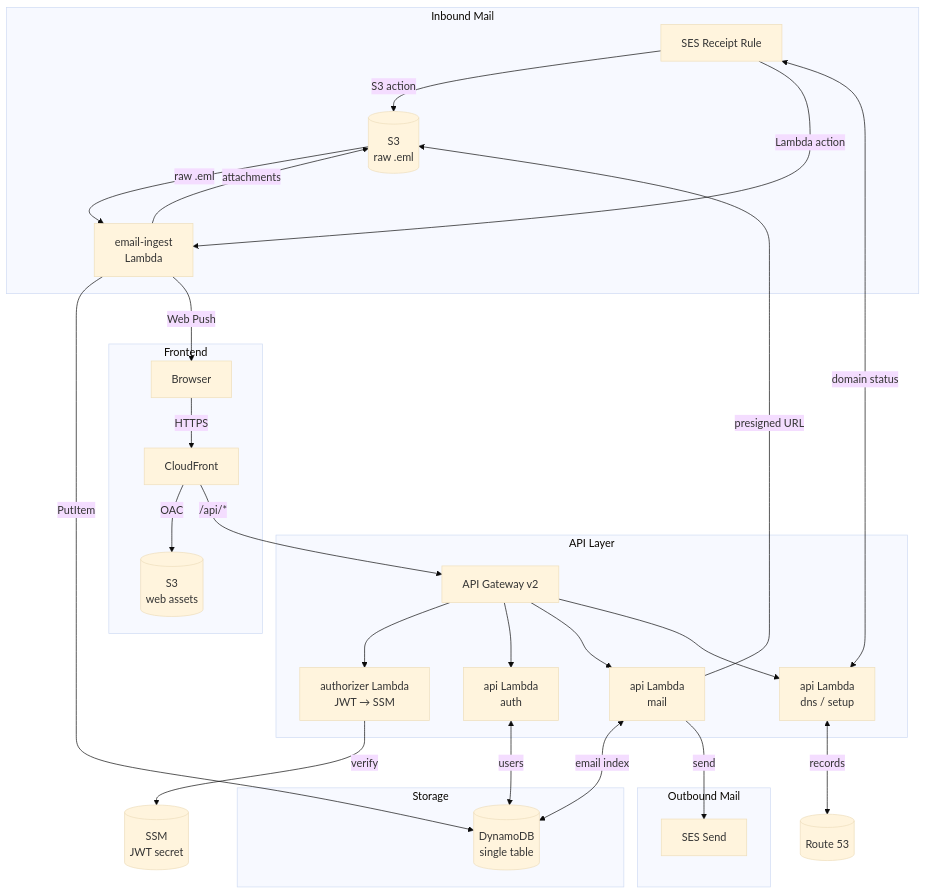
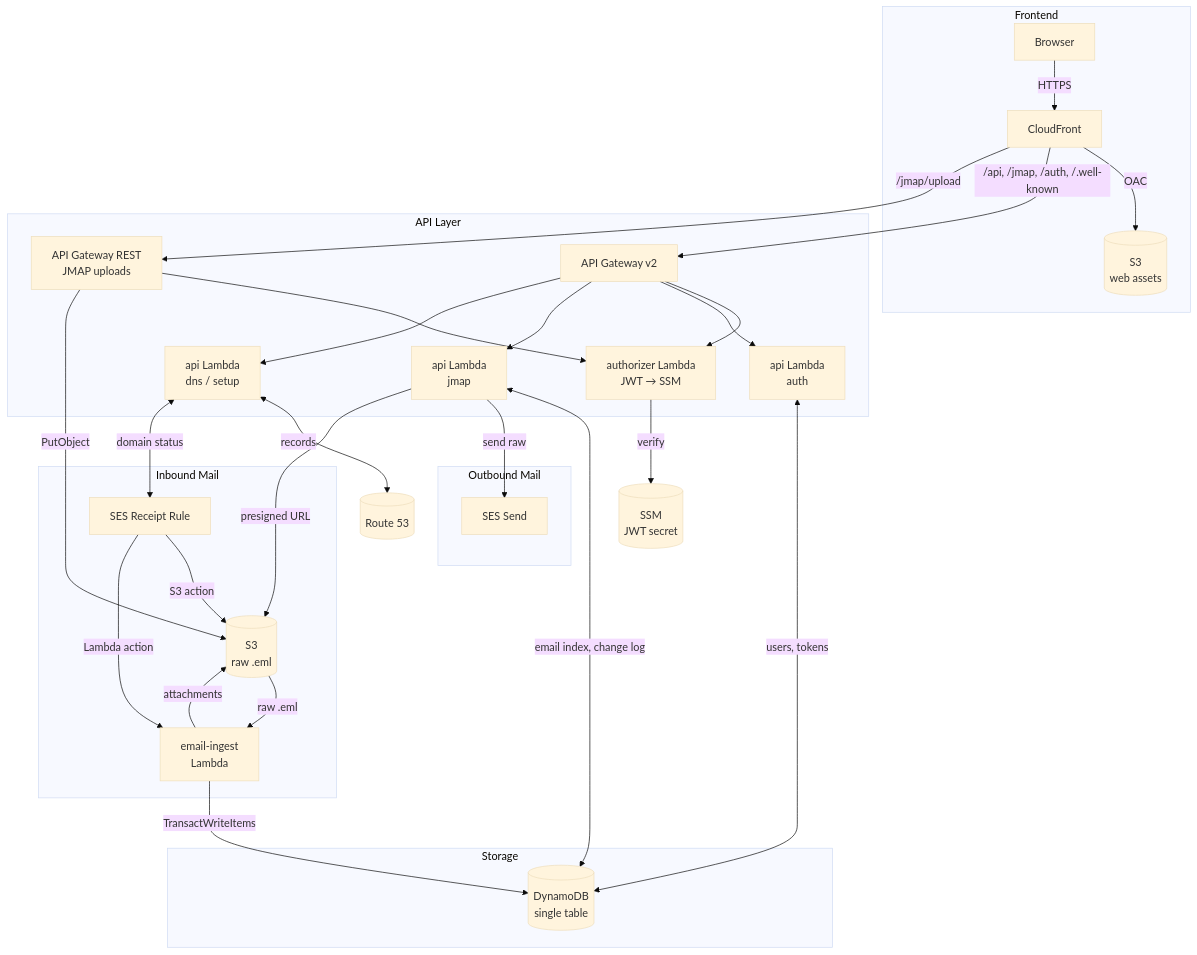
The diagram in README.md (ChurchOfCaffeine/dork_mail), drawn with Mermaid (base theme) before and after one commit. The commit also changed other lines of this file and 79 other files, not shown here.

Commit message:
move dork mail API to JMAP and UI to Bulwark Lite

````diff
--- a/README.md
+++ b/README.md
@@ -26,54 +26,57 @@
 ```mermaid
 flowchart TD
     subgraph Inbound["Inbound Mail"]
         SES_IN[SES Receipt Rule]
         S3_EMAIL[(S3\nraw .eml)]
         INGEST[email-ingest\nLambda]
     end
 
     subgraph Storage["Storage"]
         DYNAMO[(DynamoDB\nsingle table)]
     end
 
     subgraph Frontend["Frontend"]
         CF[CloudFront]
         S3_WEB[(S3\nweb assets)]
         BROWSER[Browser]
     end
 
     subgraph API["API Layer"]
         APIGW[API Gateway v2]
+        UPLOAD[API Gateway REST\nJMAP uploads]
         AUTHZ[authorizer Lambda\nJWT → SSM]
         API_AUTH[api Lambda\nauth]
-        API_MAIL[api Lambda\nmail]
+        API_JMAP[api Lambda\njmap]
         API_DNS[api Lambda\ndns / setup]
     end
 
     subgraph Outbound["Outbound Mail"]
         SES_OUT[SES Send]
     end
 
     SES_IN -->|S3 action| S3_EMAIL
     SES_IN -->|Lambda action| INGEST
     S3_EMAIL -->|raw .eml| INGEST
     INGEST -->|attachments| S3_EMAIL
-    INGEST -->|PutItem| DYNAMO
-    INGEST -->|Web Push| BROWSER
+    INGEST -->|TransactWriteItems| DYNAMO
 
     BROWSER -->|HTTPS| CF
     CF -->|OAC| S3_WEB
-    CF -->|/api/*| APIGW
+    CF -->|/api, /jmap, /auth, /.well-known| APIGW
+    CF -->|/jmap/upload| UPLOAD
 
     APIGW --> AUTHZ
+    UPLOAD --> AUTHZ
+    UPLOAD -->|PutObject| S3_EMAIL
     AUTHZ -->|verify| SSM[(SSM\nJWT secret)]
     APIGW --> API_AUTH
-    APIGW --> API_MAIL
+    APIGW --> API_JMAP
     APIGW --> API_DNS
 
-    API_AUTH <-->|users| DYNAMO
-    API_MAIL <-->|email index| DYNAMO
-    API_MAIL -->|send| SES_OUT
-    API_MAIL -->|presigned URL| S3_EMAIL
+    API_AUTH <-->|users, tokens| DYNAMO
+    API_JMAP <-->|email index, change log| DYNAMO
+    API_JMAP -->|send raw| SES_OUT
+    API_JMAP -->|presigned URL| S3_EMAIL
     API_DNS <-->|records| R53[(Route 53)]
     API_DNS <-->|domain status| SES_IN
 ```
````
